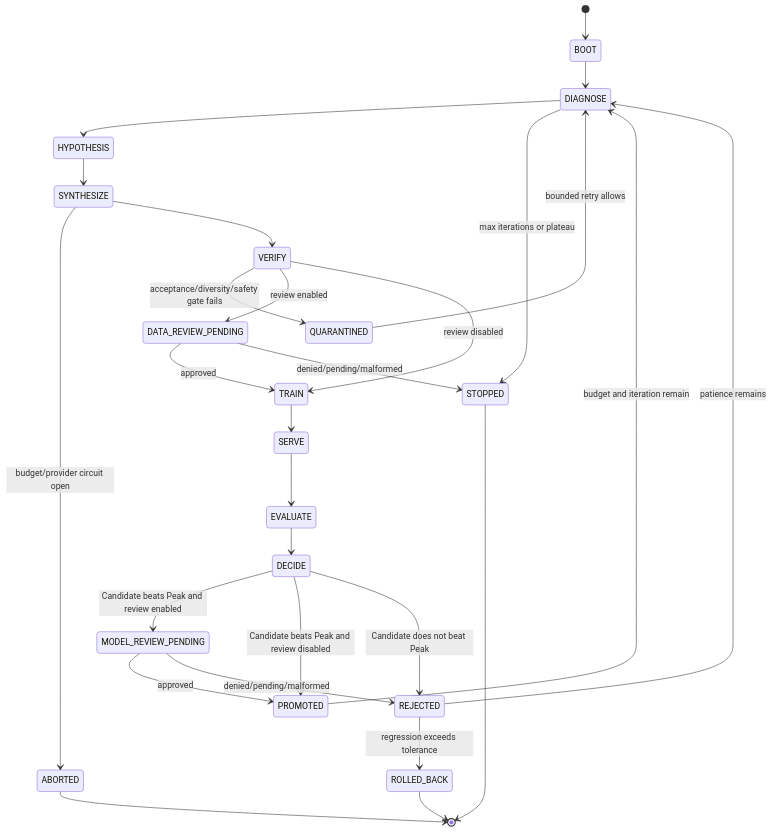
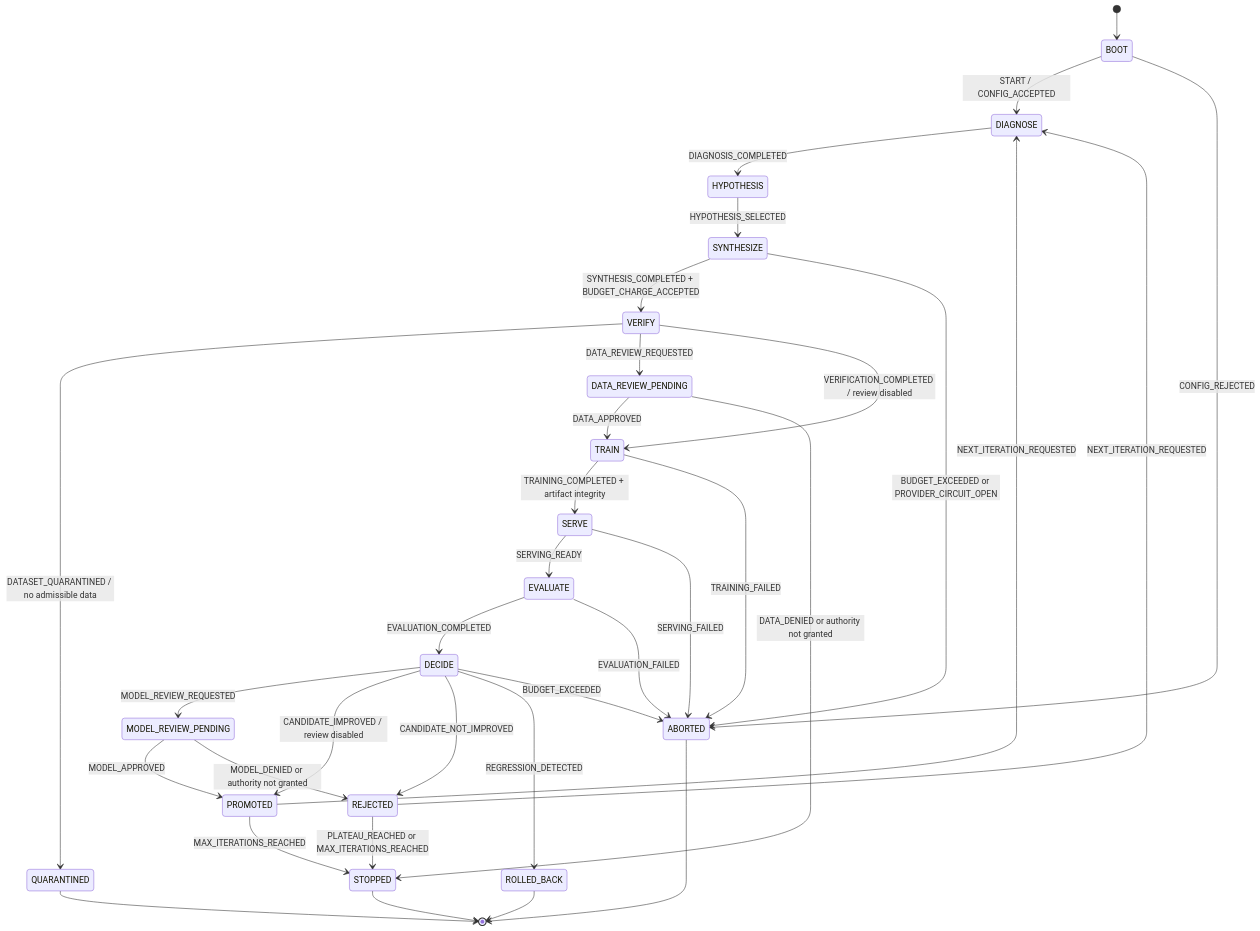
Before and after one commit to ed3c/post-training-rsi-pipeline: the first of 3 diagrams in docs/state-machine.md, drawn with Mermaid. The commit also changed other lines of this file, not shown here.

````diff
--- a/docs/state-machine.md
+++ b/docs/state-machine.md
@@ -205,30 +27,46 @@
 ```mermaid
 stateDiagram-v2
     [*] --> BOOT
-    BOOT --> DIAGNOSE
-    DIAGNOSE --> HYPOTHESIS
-    HYPOTHESIS --> SYNTHESIZE
-    SYNTHESIZE --> ABORTED: budget/provider circuit open
-    SYNTHESIZE --> VERIFY
-    VERIFY --> QUARANTINED: acceptance/diversity/safety gate fails
-    VERIFY --> DATA_REVIEW_PENDING: review enabled
-    VERIFY --> TRAIN: review disabled
-    DATA_REVIEW_PENDING --> TRAIN: approved
-    DATA_REVIEW_PENDING --> STOPPED: denied/pending/malformed
-    TRAIN --> SERVE
-    SERVE --> EVALUATE
-    EVALUATE --> DECIDE
-    DECIDE --> MODEL_REVIEW_PENDING: Candidate beats Peak and review enabled
-    DECIDE --> PROMOTED: Candidate beats Peak and review disabled
-    DECIDE --> REJECTED: Candidate does not beat Peak
-    MODEL_REVIEW_PENDING --> PROMOTED: approved
-    MODEL_REVIEW_PENDING --> REJECTED: denied/pending/malformed
-    PROMOTED --> DIAGNOSE: budget and iteration remain
-    REJECTED --> DIAGNOSE: patience remains
-    REJECTED --> ROLLED_BACK: regression exceeds tolerance
-    QUARANTINED --> DIAGNOSE: bounded retry allows
-    DIAGNOSE --> STOPPED: max iterations or plateau
+    BOOT --> DIAGNOSE: START / CONFIG_ACCEPTED
+    BOOT --> ABORTED: CONFIG_REJECTED
+
+    DIAGNOSE --> HYPOTHESIS: DIAGNOSIS_COMPLETED
+    HYPOTHESIS --> SYNTHESIZE: HYPOTHESIS_SELECTED
+    SYNTHESIZE --> VERIFY: SYNTHESIS_COMPLETED + BUDGET_CHARGE_ACCEPTED
+    SYNTHESIZE --> ABORTED: BUDGET_EXCEEDED or PROVIDER_CIRCUIT_OPEN
+
+    VERIFY --> QUARANTINED: DATASET_QUARANTINED / no admissible data
+    VERIFY --> DATA_REVIEW_PENDING: DATA_REVIEW_REQUESTED
+    VERIFY --> TRAIN: VERIFICATION_COMPLETED / review disabled
+
+    DATA_REVIEW_PENDING --> TRAIN: DATA_APPROVED
+    DATA_REVIEW_PENDING --> STOPPED: DATA_DENIED or authority not granted
+
+    TRAIN --> SERVE: TRAINING_COMPLETED + artifact integrity
+    TRAIN --> ABORTED: TRAINING_FAILED
+
+    SERVE --> EVALUATE: SERVING_READY
+    SERVE --> ABORTED: SERVING_FAILED
+
+    EVALUATE --> DECIDE: EVALUATION_COMPLETED
+    EVALUATE --> ABORTED: EVALUATION_FAILED
+
+    DECIDE --> MODEL_REVIEW_PENDING: MODEL_REVIEW_REQUESTED
+    DECIDE --> PROMOTED: CANDIDATE_IMPROVED / review disabled
+    DECIDE --> REJECTED: CANDIDATE_NOT_IMPROVED
+    DECIDE --> ROLLED_BACK: REGRESSION_DETECTED
+    DECIDE --> ABORTED: BUDGET_EXCEEDED
+
+    MODEL_REVIEW_PENDING --> PROMOTED: MODEL_APPROVED
+    MODEL_REVIEW_PENDING --> REJECTED: MODEL_DENIED or authority not granted
+
+    PROMOTED --> DIAGNOSE: NEXT_ITERATION_REQUESTED
+    REJECTED --> DIAGNOSE: NEXT_ITERATION_REQUESTED
+    PROMOTED --> STOPPED: MAX_ITERATIONS_REACHED
+    REJECTED --> STOPPED: PLATEAU_REACHED or MAX_ITERATIONS_REACHED
+
+    QUARANTINED --> [*]
+    ROLLED_BACK --> [*]
+    STOPPED --> [*]
     ABORTED --> [*]
-    STOPPED --> [*]
-    ROLLED_BACK --> [*]
 ```
````
